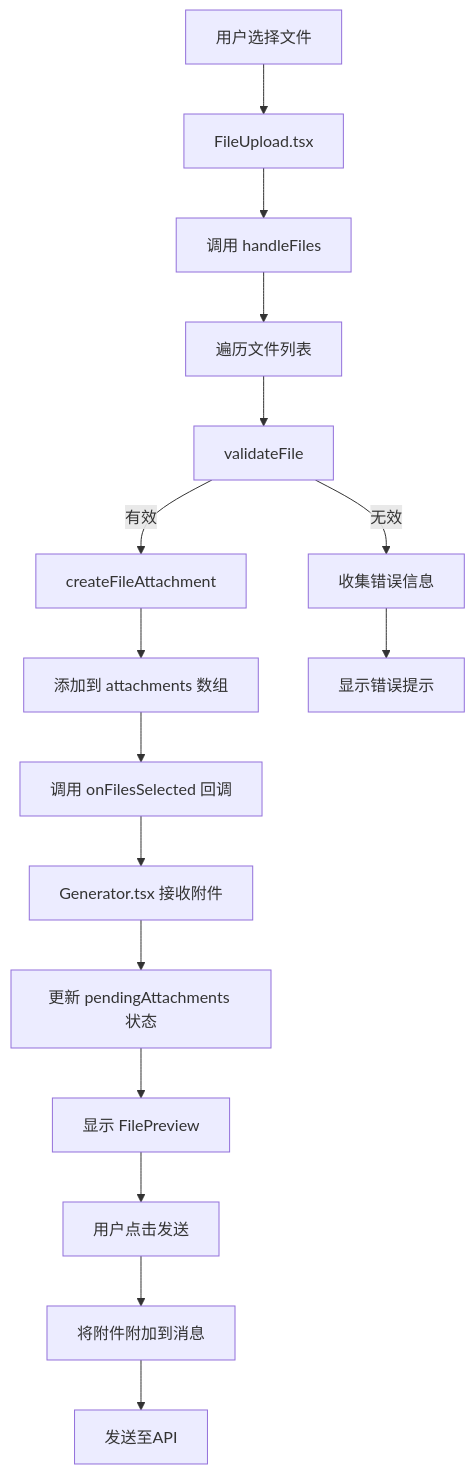
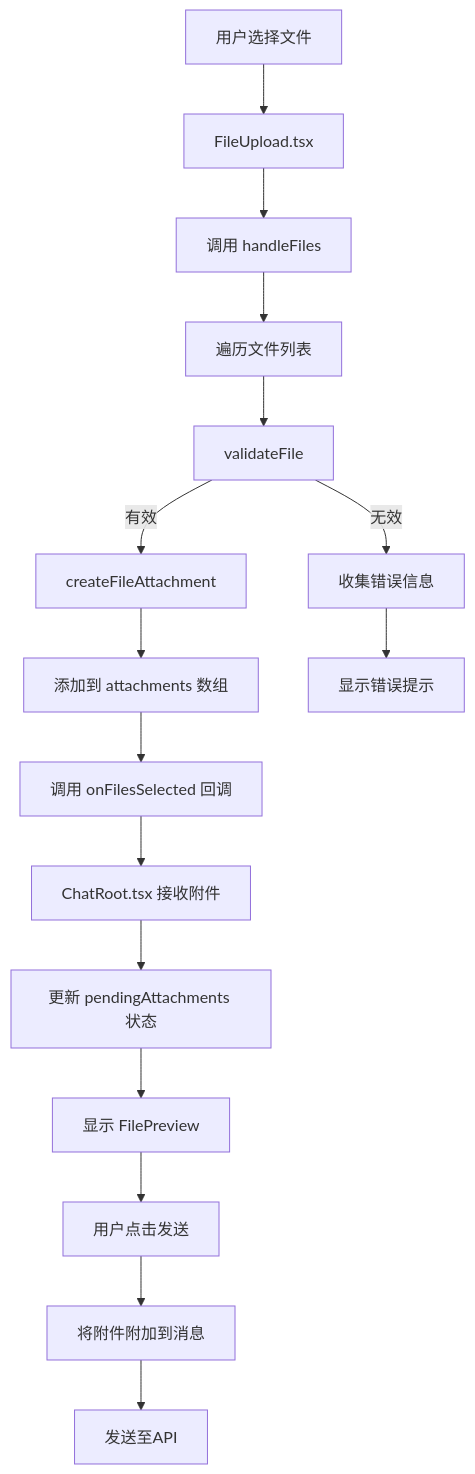
Before and after one commit to zfyime/chat-mini: the fifth of 6 diagrams in .qoder/repowiki/zh/content/核心功能详解/核心功能详解.md, drawn with Mermaid. The commit also changed other lines of this file and 52 other files, not shown here.

````diff
--- a/.qoder/repowiki/zh/content/核心功能详解/核心功能详解.md
+++ b/.qoder/repowiki/zh/content/核心功能详解/核心功能详解.md
@@ -294,18 +294,18 @@
 ```mermaid
 flowchart TD
 A["用户选择文件"] --> B["FileUpload.tsx"]
 B --> C["调用 handleFiles"]
 C --> D["遍历文件列表"]
 D --> E["validateFile"]
 E --> |有效| F["createFileAttachment"]
 E --> |无效| G["收集错误信息"]
 F --> H["添加到 attachments 数组"]
 G --> I["显示错误提示"]
 H --> J["调用 onFilesSelected 回调"]
-J --> K["Generator.tsx 接收附件"]
+J --> K["ChatRoot.tsx 接收附件"]
 K --> L["更新 pendingAttachments 状态"]
 L --> M["显示 FilePreview"]
 M --> N["用户点击发送"]
 N --> O["将附件附加到消息"]
 O --> P["发送至API"]
 ```
````
